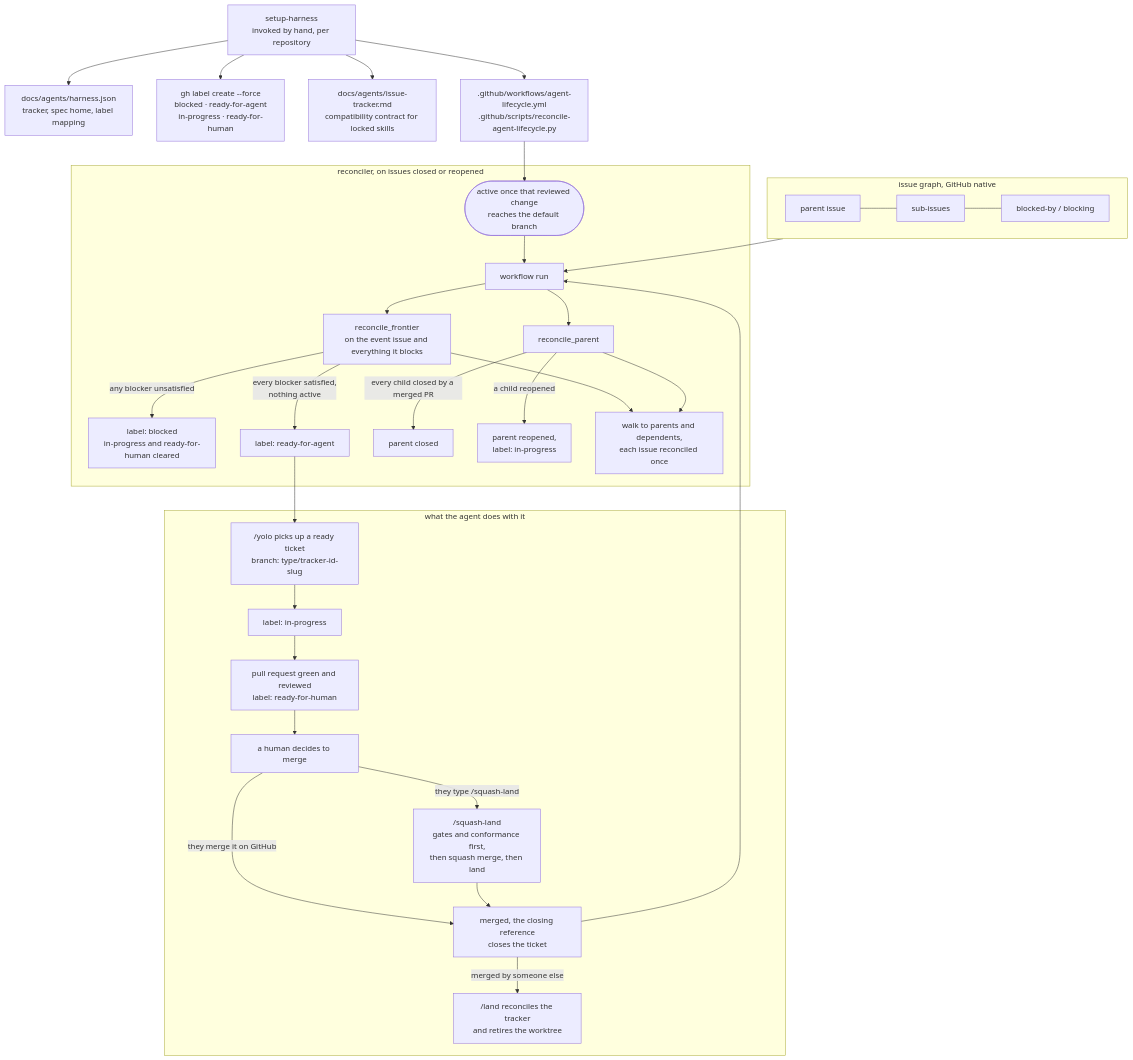
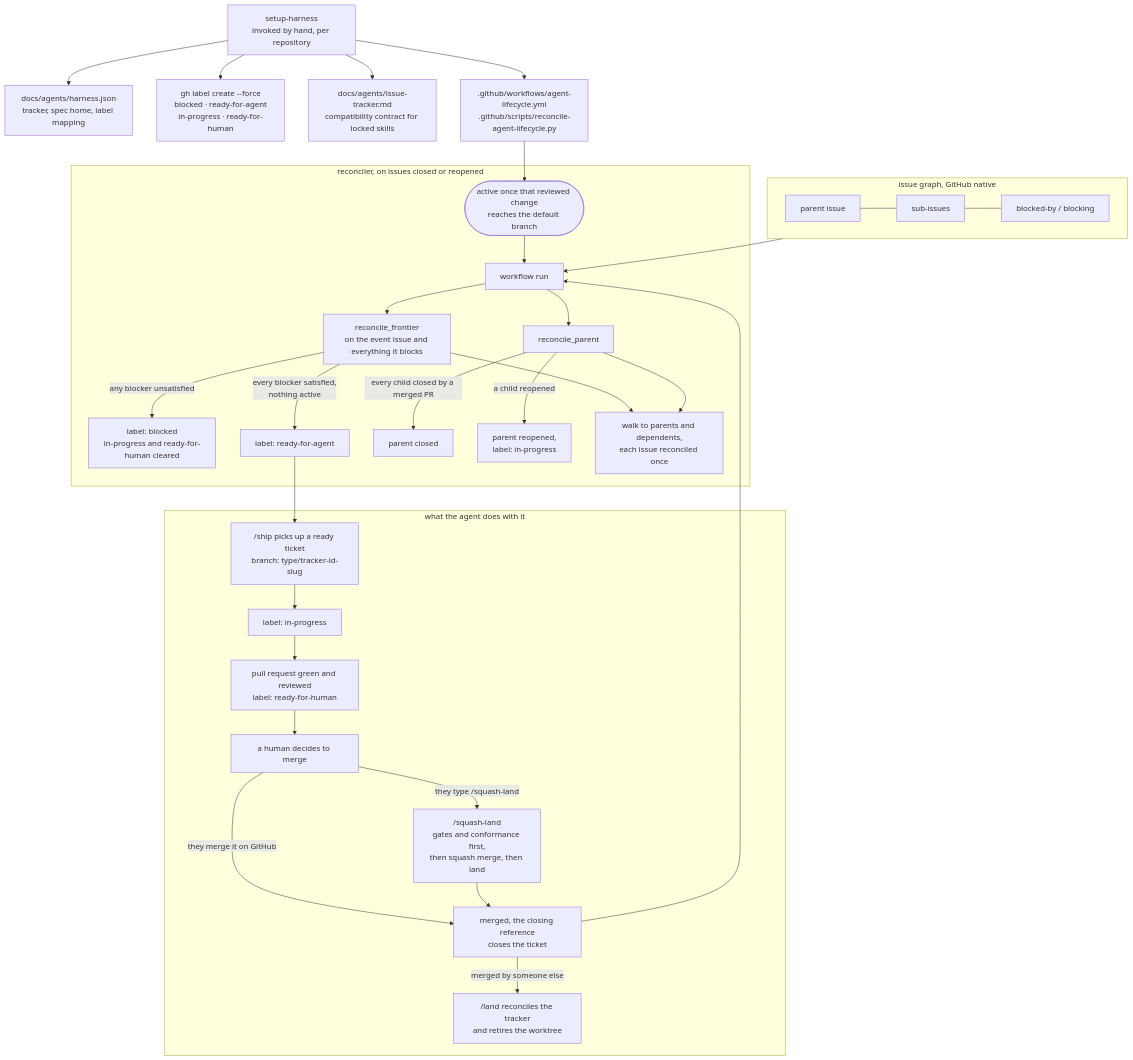
Before and after one commit to jvillegasd/harness: the second of 2 diagrams in harness/README.md, drawn with Mermaid. The commit also changed other lines of this file and 11 other files, not shown here.

First line of the commit message:
refactor: rename /yolo to /ship and oyolo to ocyolo (#44)

````diff
--- a/harness/README.md
+++ b/harness/README.md
@@ -270,39 +270,39 @@
 ```mermaid
 flowchart TD
     setup["setup-harness<br>invoked by hand, per repository"] --> config["docs/agents/harness.json<br>tracker, spec home, label mapping"]
     setup --> labels["gh label create --force<br>blocked · ready-for-agent<br>in-progress · ready-for-human"]
     setup --> trackerdoc["docs/agents/issue-tracker.md<br>compatibility contract for locked skills"]
     setup --> files[".github/workflows/agent-lifecycle.yml<br>.github/scripts/reconcile-agent-lifecycle.py"]
     files --> active(["active once that reviewed change<br>reaches the default branch"])
 
     subgraph GRAPH["issue graph, GitHub native"]
         parent["parent issue"] --- children["sub-issues"]
         children --- deps["blocked-by / blocking"]
     end
 
     subgraph RUN["reconciler, on issues closed or reopened"]
         active --> trigger["workflow run"]
         trigger --> frontier["reconcile_frontier<br>on the event issue and everything it blocks"]
         frontier -->|any blocker unsatisfied| blocked["label: blocked<br>in-progress and ready-for-human cleared"]
         frontier -->|every blocker satisfied,<br>nothing active| ready["label: ready-for-agent"]
         trigger --> parentstate["reconcile_parent"]
         parentstate -->|every child closed by a merged PR| closeparent["parent closed"]
         parentstate -->|a child reopened| reopenparent["parent reopened,<br>label: in-progress"]
         frontier --> walk["walk to parents and dependents,<br>each issue reconciled once"]
         parentstate --> walk
     end
 
     GRAPH --> trigger
 
     subgraph AGENT["what the agent does with it"]
-        ready --> yolo["/yolo picks up a ready ticket<br>branch: type/tracker-id-slug"]
-        yolo --> inprogress["label: in-progress"]
+        ready --> ship["/ship picks up a ready ticket<br>branch: type/tracker-id-slug"]
+        ship --> inprogress["label: in-progress"]
         inprogress --> prready["pull request green and reviewed<br>label: ready-for-human"]
         prready --> humanmerge["a human decides to merge"]
         humanmerge -->|they merge it on GitHub| merged["merged, the closing reference<br>closes the ticket"]
         humanmerge -->|they type /squash-land| squashland["/squash-land<br>gates and conformance first,<br>then squash merge, then land"]
         squashland --> merged
         merged --> trigger
         merged -->|merged by someone else| land["/land reconciles the tracker<br>and retires the worktree"]
     end
 ```
````
